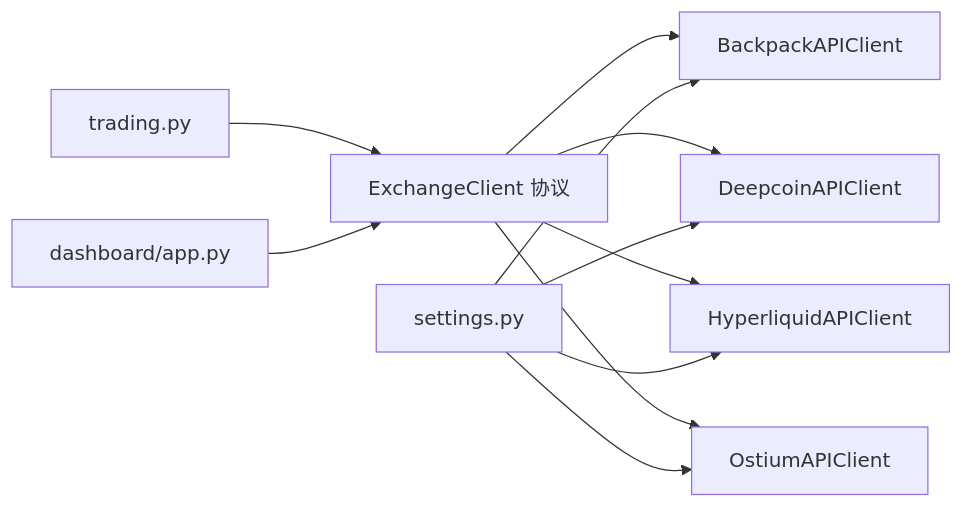
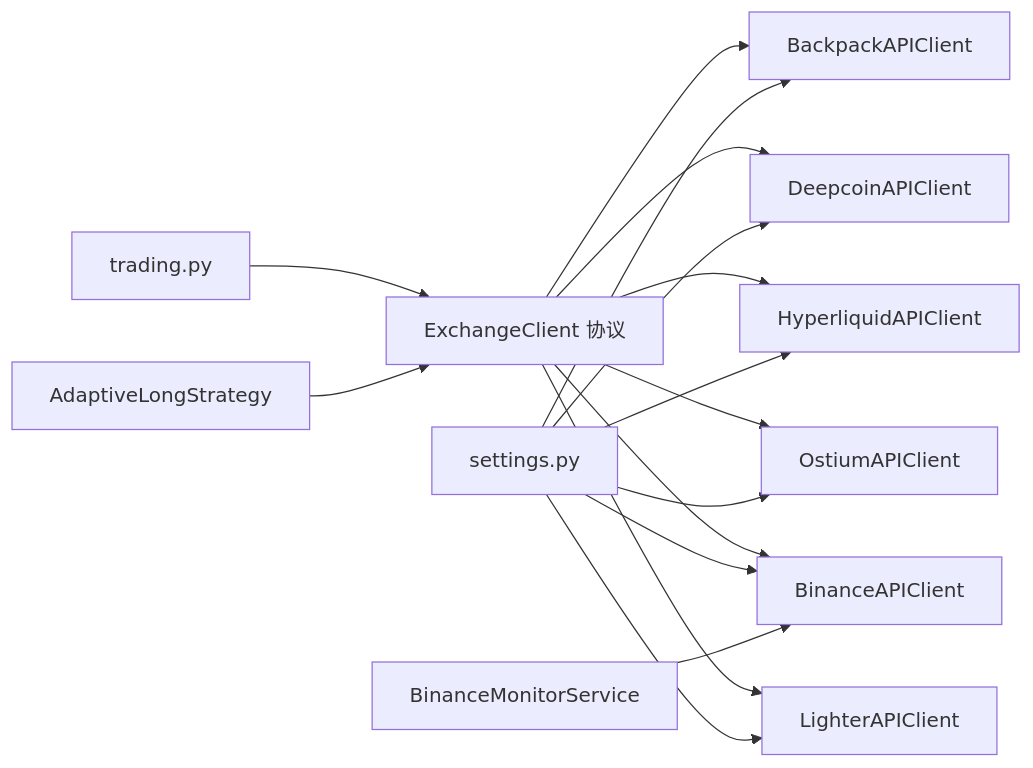
Before and after one commit to zyf266/ending: the fourth of 4 diagrams in .qoder/repowiki/zh/content/交易所集成/交易所客户端抽象设计.md, drawn with Mermaid. The commit also changed other lines of this file and 60 other files, not shown here.

````diff
--- a/.qoder/repowiki/zh/content/交易所集成/交易所客户端抽象设计.md
+++ b/.qoder/repowiki/zh/content/交易所集成/交易所客户端抽象设计.md
@@ -211,13 +243,18 @@
 ```mermaid
 graph LR
 EXC[ExchangeClient 协议] --> BAC[BackpackAPIClient]
 EXC --> DCN[DeepcoinAPIClient]
 EXC --> HYP[HyperliquidAPIClient]
 EXC --> OST[OstiumAPIClient]
+EXC --> BMC[BinanceAPIClient]
+EXC --> LGC[LighterAPIClient]
 CFG[settings.py] --> BAC
 CFG --> DCN
 CFG --> HYP
 CFG --> OST
+CFG --> BMC
+CFG --> LGC
 TRD[trading.py] --> EXC
-APP[dashboard/app.py] --> EXC
+ALS[AdaptiveLongStrategy] --> EXC
+BMN[BinanceMonitorService] --> BMC
 ```
````
